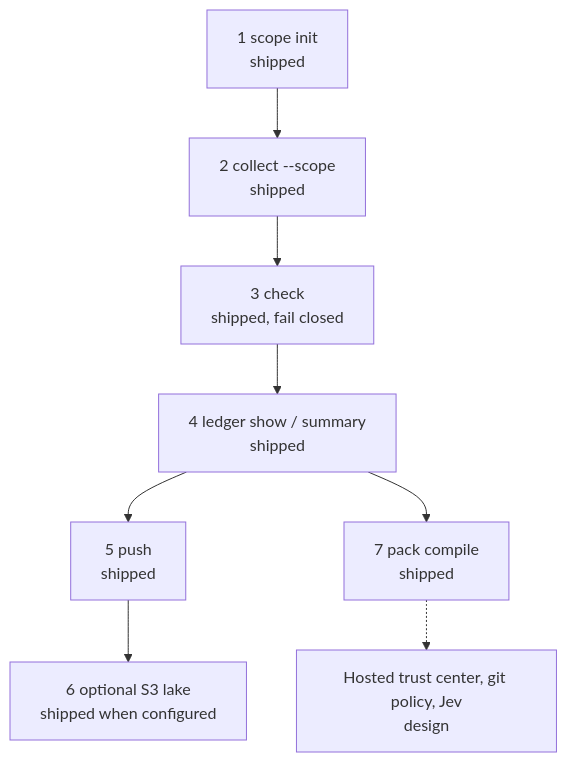
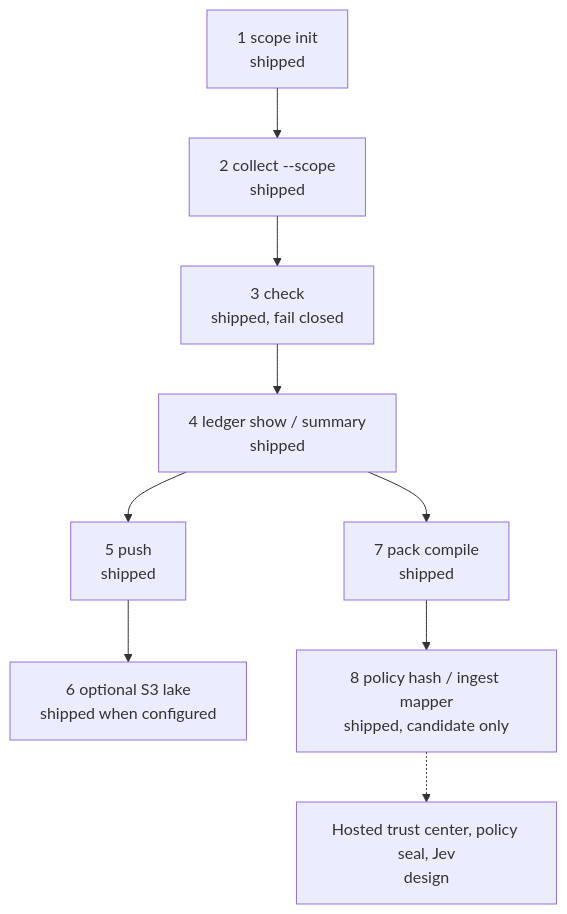
The diagram in docs/HOW_IT_WORKS.md (kfcain/beacon), drawn with Mermaid before and after one commit. The commit also changed other lines of this file and 11 other files, not shown here.

First line of the commit message:
Add a git policy spine and a fail-closed mapper ingest bridge.

````diff
--- a/docs/HOW_IT_WORKS.md
+++ b/docs/HOW_IT_WORKS.md
@@ -17,15 +17,17 @@
 ```mermaid
 flowchart TD
   scope["1 scope init<br/>shipped"]
   collect["2 collect --scope<br/>shipped"]
   check["3 check<br/>shipped, fail closed"]
   ledger["4 ledger show / summary<br/>shipped"]
   push["5 push<br/>shipped"]
   lake["6 optional S3 lake<br/>shipped when configured"]
   compile["7 pack compile<br/>shipped"]
-  later["Hosted trust center, git policy, Jev<br/>design"]
+  policy["8 policy hash / ingest mapper<br/>shipped, candidate only"]
+  later["Hosted trust center, policy seal, Jev<br/>design"]
 
   scope --> collect --> check --> ledger --> push --> lake
   ledger --> compile
-  compile -.-> later
+  compile --> policy
+  policy -.-> later
 ```
````
